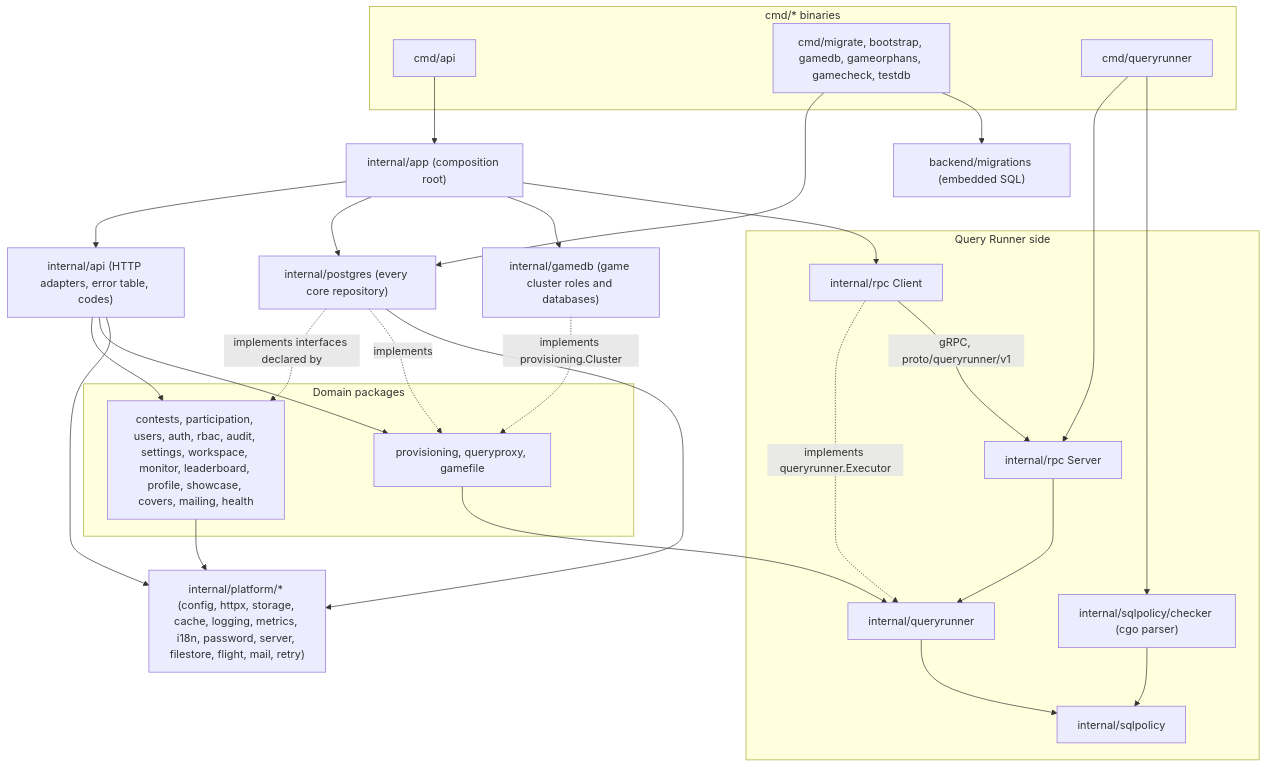
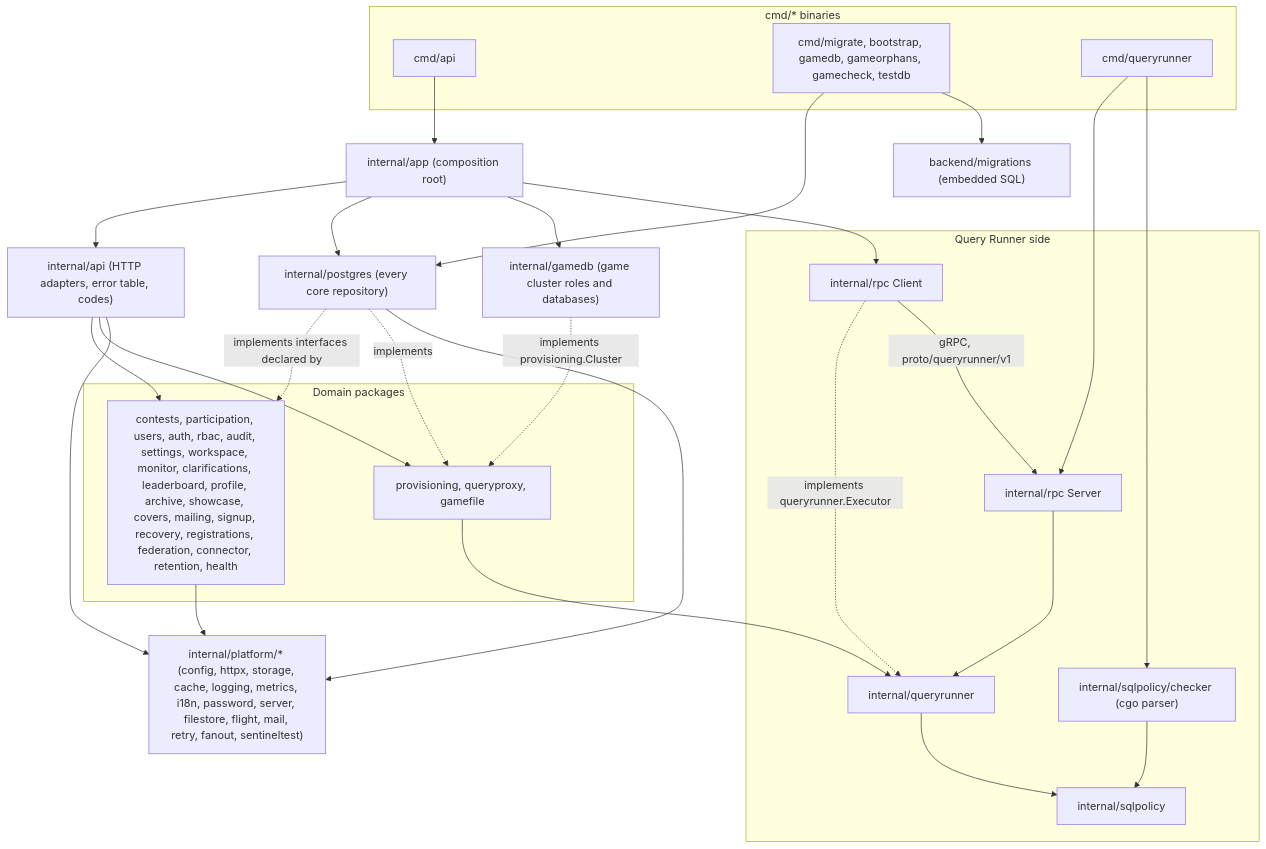
The diagram in docs/guide/04-backend.md (devrdn/olymp-db-platform), drawn with Mermaid before and after one commit. The commit also changed other lines of this file, not shown here.

````diff
--- a/docs/guide/04-backend.md
+++ b/docs/guide/04-backend.md
@@ -38,54 +38,54 @@
 ```mermaid
 flowchart TB
   subgraph bins["cmd/* binaries"]
     cmdapi["cmd/api"]
     cmdjobs["cmd/migrate, bootstrap, gamedb, gameorphans, gamecheck, testdb"]
     cmdqr["cmd/queryrunner"]
   end
 
   app["internal/app (composition root)"]
   api["internal/api (HTTP adapters, error table, codes)"]
 
   subgraph domain["Domain packages"]
-    dom["contests, participation, users, auth, rbac, audit, settings, workspace, monitor, leaderboard, profile, showcase, covers, mailing, health"]
+    dom["contests, participation, users, auth, rbac, audit, settings, workspace, monitor, clarifications, leaderboard, profile, archive, showcase, covers, mailing, signup, recovery, registrations, federation, connector, retention, health"]
     game["provisioning, queryproxy, gamefile"]
   end
 
   pg["internal/postgres (every core repository)"]
   gamedb["internal/gamedb (game cluster roles and databases)"]
   mig["backend/migrations (embedded SQL)"]
 
   subgraph runner["Query Runner side"]
     client["internal/rpc Client"]
     server["internal/rpc Server"]
     qr["internal/queryrunner"]
     sp["internal/sqlpolicy"]
     chk["internal/sqlpolicy/checker (cgo parser)"]
   end
 
-  platform["internal/platform/* (config, httpx, storage, cache, logging, metrics, i18n, password, server, filestore, flight, mail, retry)"]
+  platform["internal/platform/* (config, httpx, storage, cache, logging, metrics, i18n, password, server, filestore, flight, mail, retry, fanout, sentineltest)"]
 
   cmdapi --> app
   app --> api
   app --> pg
   app --> gamedb
   app --> client
   api --> dom
   api --> game
   pg -.->|"implements interfaces declared by"| dom
   pg -.->|"implements"| game
   gamedb -.->|"implements provisioning.Cluster"| game
   game --> qr
   client -.->|"implements queryrunner.Executor"| qr
   client -->|"gRPC, proto/queryrunner/v1"| server
   cmdqr --> server
   cmdqr --> chk
   server --> qr
   qr --> sp
   chk --> sp
   cmdjobs --> pg
   cmdjobs --> mig
   dom --> platform
   api --> platform
   pg --> platform
 ```
````
